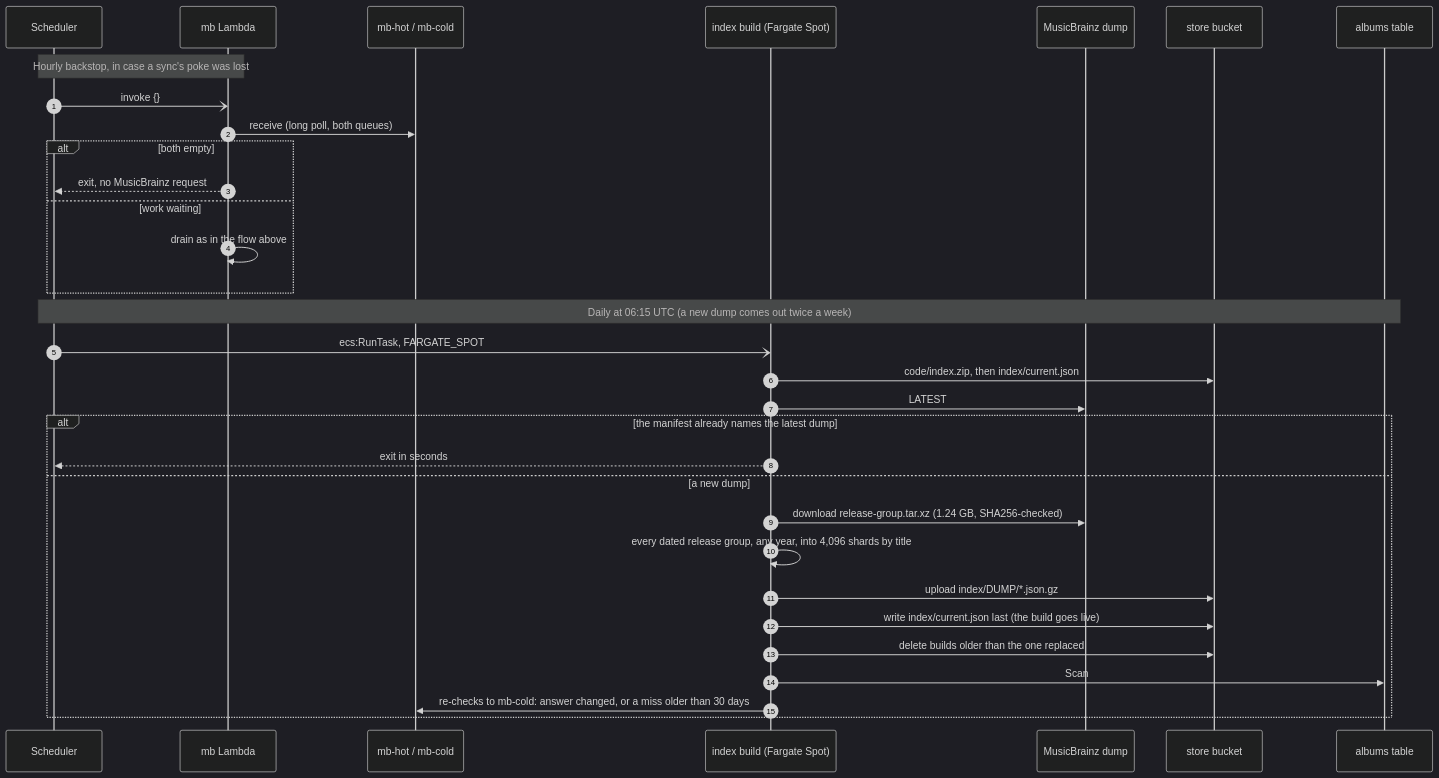
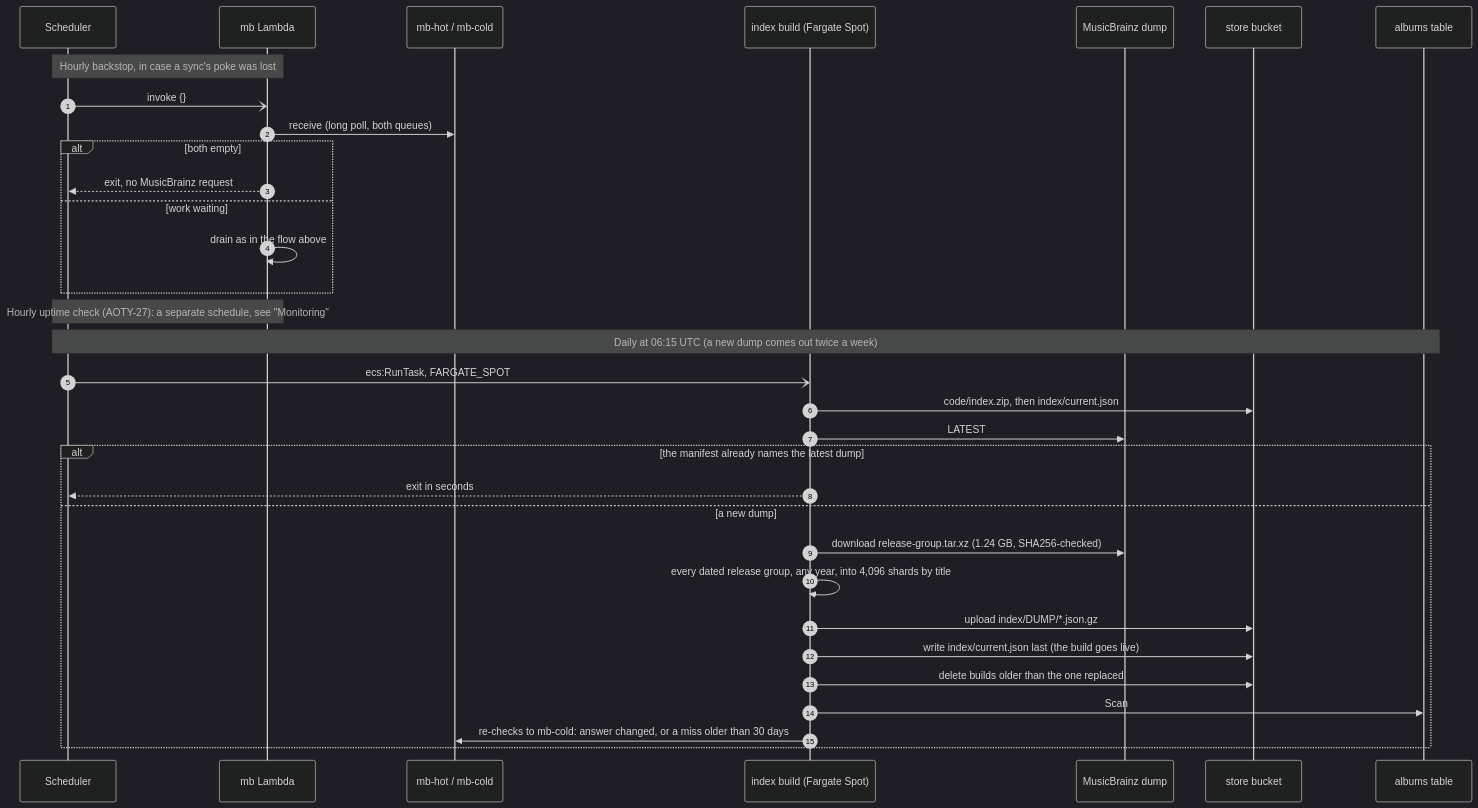
Before and after one commit to eightyeighteyes/aoty-chart-toy: the fifth of 6 diagrams in docs/architecture.md, drawn with Mermaid (dark theme). The commit also changed other lines of this file and 2 other files, not shown here.

Commit message:
docs: alarm runbook, alert setup and monitoring notes

````diff
--- a/docs/architecture.md
+++ b/docs/architecture.md
@@ -229,36 +251,38 @@
 ```mermaid
 sequenceDiagram
   autonumber
   participant SC as Scheduler
   participant MB as mb Lambda
   participant HQ as mb-hot / mb-cold
   participant IX as index build (Fargate Spot)
   participant DUMP as MusicBrainz dump
   participant ST as store bucket
   participant AT as albums table
 
   Note over SC,MB: Hourly backstop, in case a sync's poke was lost
   SC-)MB: invoke {}
   MB->>HQ: receive (long poll, both queues)
   alt both empty
     MB-->>SC: exit, no MusicBrainz request
   else work waiting
     MB->>MB: drain as in the flow above
   end
 
+  Note over SC,MB: Hourly uptime check (AOTY-27): a separate schedule, see "Monitoring"
+
   Note over SC,AT: Daily at 06:15 UTC (a new dump comes out twice a week)
   SC-)IX: ecs:RunTask, FARGATE_SPOT
   IX->>ST: code/index.zip, then index/current.json
   IX->>DUMP: LATEST
   alt the manifest already names the latest dump
     IX-->>SC: exit in seconds
   else a new dump
     IX->>DUMP: download release-group.tar.xz (1.24 GB, SHA256-checked)
     IX->>IX: every dated release group, any year, into 4,096 shards by title
     IX->>ST: upload index/DUMP/*.json.gz
     IX->>ST: write index/current.json last (the build goes live)
     IX->>ST: delete builds older than the one replaced
     IX->>AT: Scan
     IX->>HQ: re-checks to mb-cold: answer changed, or a miss older than 30 days
   end
 ```
````
